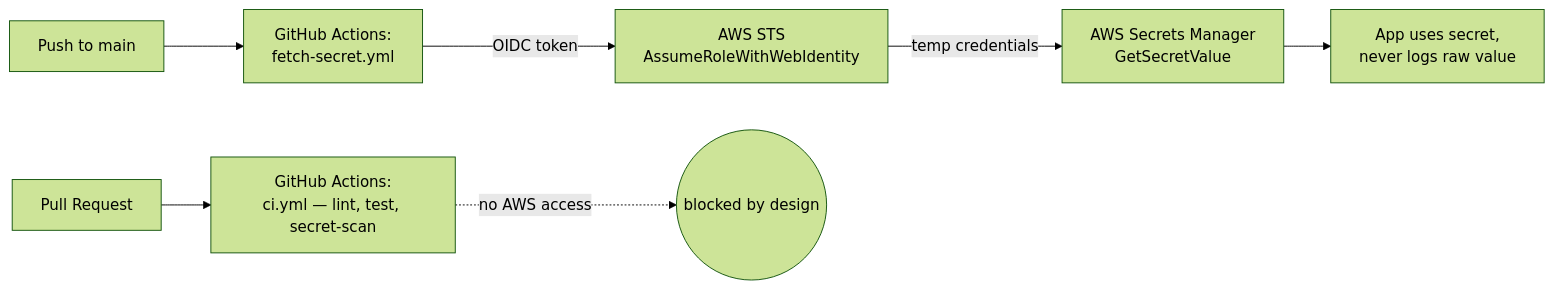
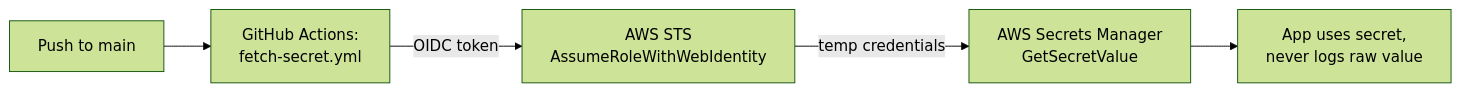
Before and after one commit to rohan-potta-veltris/secrets_cicd: the diagram in README.md, drawn with Mermaid (forest theme).

Commit message:
Simplify README diagram - drop the unrendered PR/ci.yml branch

````diff
--- a/README.md
+++ b/README.md
@@ -19,10 +19,7 @@
 ```mermaid
 flowchart LR
     A[Push to main] --> B[GitHub Actions:<br/>fetch-secret.yml]
     B -->|OIDC token| C[AWS STS<br/>AssumeRoleWithWebIdentity]
     C -->|temp credentials| D[AWS Secrets Manager<br/>GetSecretValue]
     D --> E[App uses secret,<br/>never logs raw value]
-
-    F[Pull Request] --> G[GitHub Actions:<br/>ci.yml — lint, test, secret-scan]
-    G -.no AWS access.-> H((blocked by design))
 ```
````
